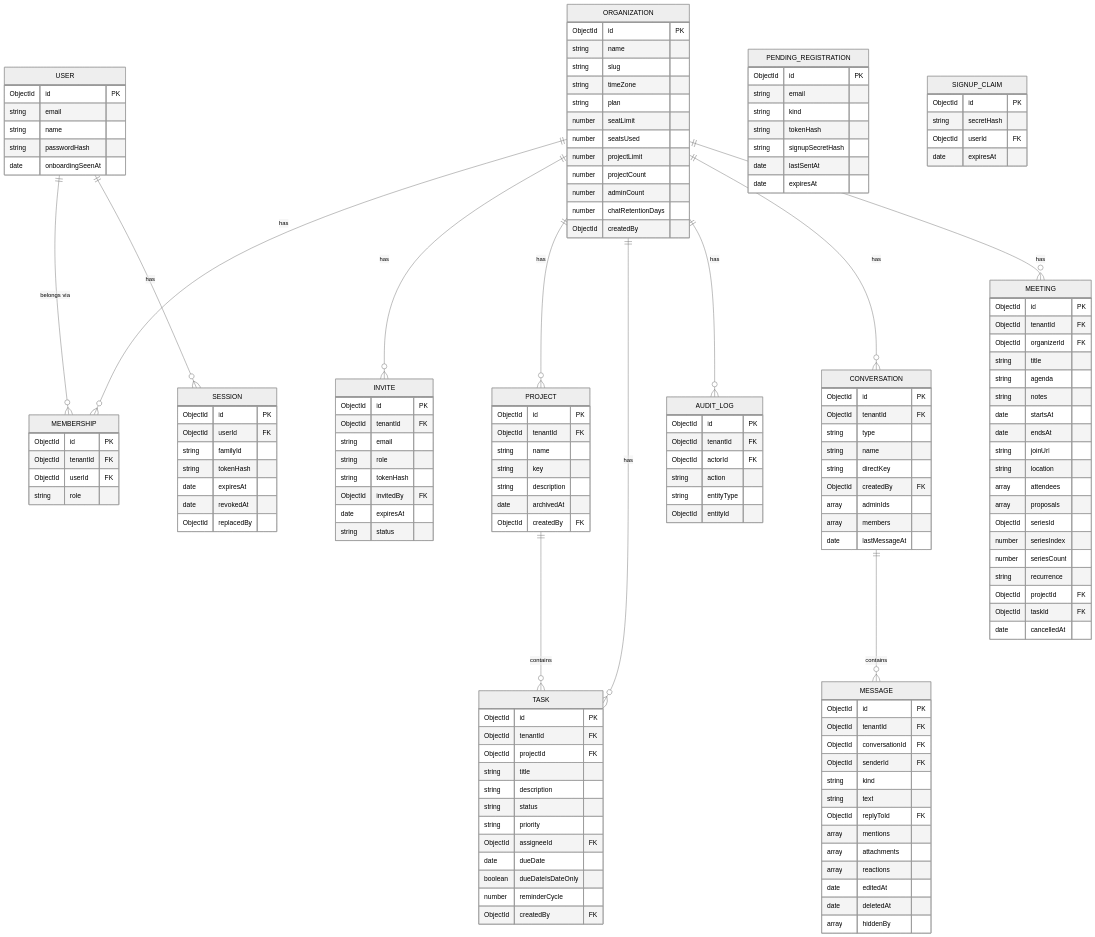
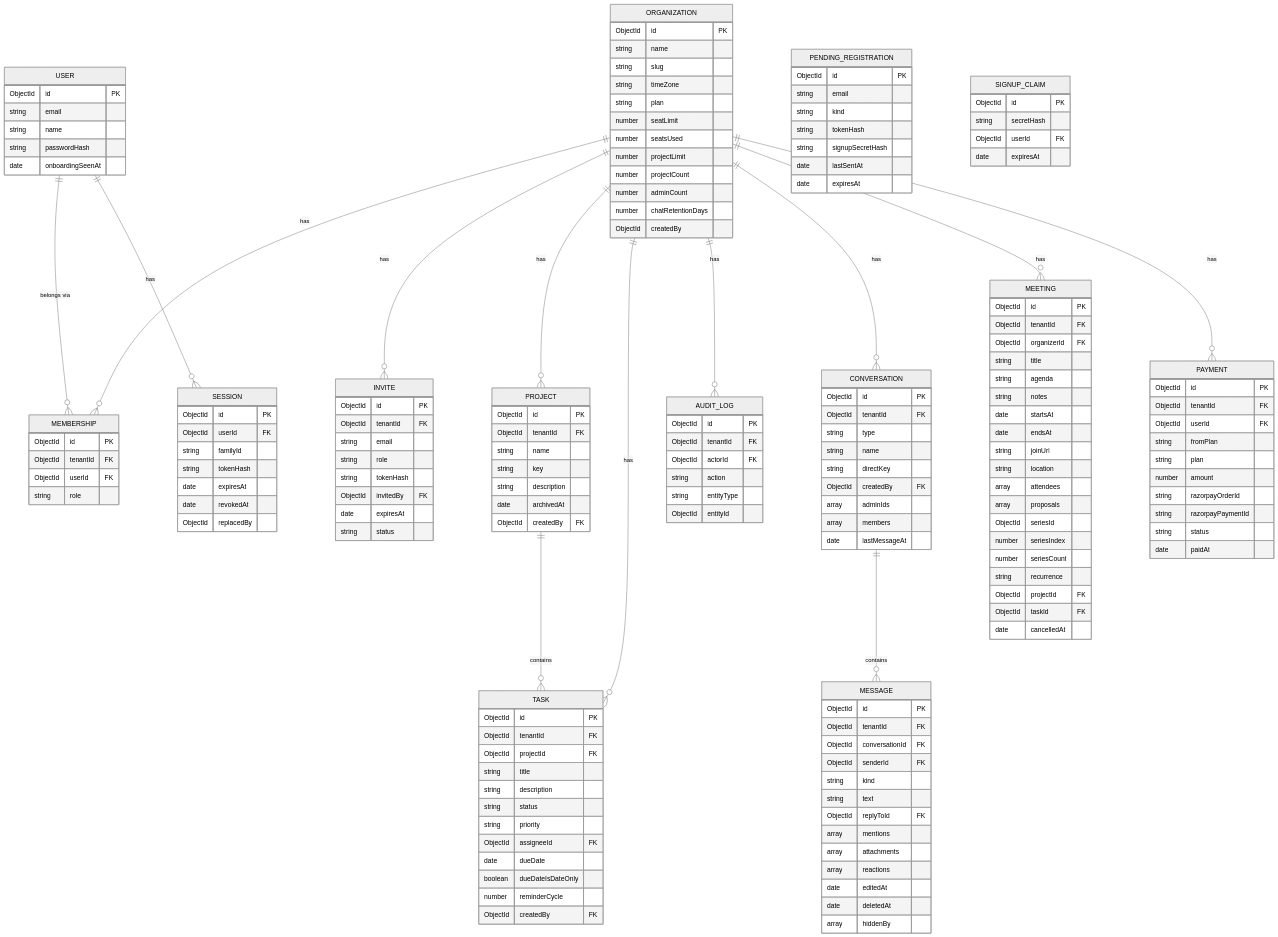
Before and after one commit to sprahasingh/WorkNest: the diagram in docs/data-model.mmd, drawn with Mermaid (neutral theme). The commit also changed 23 other files, not shown here.

First line of the commit message:
Add paid plan upgrades through Razorpay (test mode)

```diff
--- a/docs/data-model.mmd
+++ b/docs/data-model.mmd
@@ -1,152 +1,165 @@
 erDiagram
     ORGANIZATION ||--o{ MEMBERSHIP : "has"
     ORGANIZATION ||--o{ INVITE : "has"
     ORGANIZATION ||--o{ PROJECT : "has"
     ORGANIZATION ||--o{ TASK : "has"
     ORGANIZATION ||--o{ AUDIT_LOG : "has"
     USER ||--o{ MEMBERSHIP : "belongs via"
     USER ||--o{ SESSION : "has"
     PROJECT ||--o{ TASK : "contains"
     ORGANIZATION ||--o{ CONVERSATION : "has"
     CONVERSATION ||--o{ MESSAGE : "contains"
     ORGANIZATION ||--o{ MEETING : "has"
+    ORGANIZATION ||--o{ PAYMENT : "has"
 
     ORGANIZATION {
         ObjectId id PK
         string name
         string slug
         string timeZone
         string plan
         number seatLimit
         number seatsUsed
         number projectLimit
         number projectCount
         number adminCount
         number chatRetentionDays
         ObjectId createdBy
+    }
+    PAYMENT {
+        ObjectId id PK
+        ObjectId tenantId FK
+        ObjectId userId FK
+        string fromPlan
+        string plan
+        number amount
+        string razorpayOrderId
+        string razorpayPaymentId
+        string status
+        date paidAt
     }
     USER {
         ObjectId id PK
         string email
         string name
         string passwordHash
         date onboardingSeenAt
     }
     PENDING_REGISTRATION {
         ObjectId id PK
         string email
         string kind
         string tokenHash
         string signupSecretHash
         date lastSentAt
         date expiresAt
     }
     SIGNUP_CLAIM {
         ObjectId id PK
         string secretHash
         ObjectId userId FK
         date expiresAt
     }
     SESSION {
         ObjectId id PK
         ObjectId userId FK
         string familyId
         string tokenHash
         date expiresAt
         date revokedAt
         ObjectId replacedBy
     }
     MEMBERSHIP {
         ObjectId id PK
         ObjectId tenantId FK
         ObjectId userId FK
         string role
     }
     INVITE {
         ObjectId id PK
         ObjectId tenantId FK
         string email
         string role
         string tokenHash
         ObjectId invitedBy FK
         date expiresAt
         string status
     }
     PROJECT {
         ObjectId id PK
         ObjectId tenantId FK
         string name
         string key
         string description
         date archivedAt
         ObjectId createdBy FK
     }
     TASK {
         ObjectId id PK
         ObjectId tenantId FK
         ObjectId projectId FK
         string title
         string description
         string status
         string priority
         ObjectId assigneeId FK
         date dueDate
         boolean dueDateIsDateOnly
         number reminderCycle
         ObjectId createdBy FK
     }
     AUDIT_LOG {
         ObjectId id PK
         ObjectId tenantId FK
         ObjectId actorId FK
         string action
         string entityType
         ObjectId entityId
     }
     CONVERSATION {
         ObjectId id PK
         ObjectId tenantId FK
         string type
         string name
         string directKey
         ObjectId createdBy FK
         array adminIds
         array members
         date lastMessageAt
     }
     MESSAGE {
         ObjectId id PK
         ObjectId tenantId FK
         ObjectId conversationId FK
         ObjectId senderId FK
         string kind
         string text
         ObjectId replyToId FK
         array mentions
         array attachments
         array reactions
         date editedAt
         date deletedAt
         array hiddenBy
     }
     MEETING {
         ObjectId id PK
         ObjectId tenantId FK
         ObjectId organizerId FK
         string title
         string agenda
         string notes
         date startsAt
         date endsAt
         string joinUrl
         string location
         array attendees
         array proposals
         ObjectId seriesId
         number seriesIndex
         number seriesCount
         string recurrence
         ObjectId projectId FK
         ObjectId taskId FK
         date cancelledAt
     }
```
